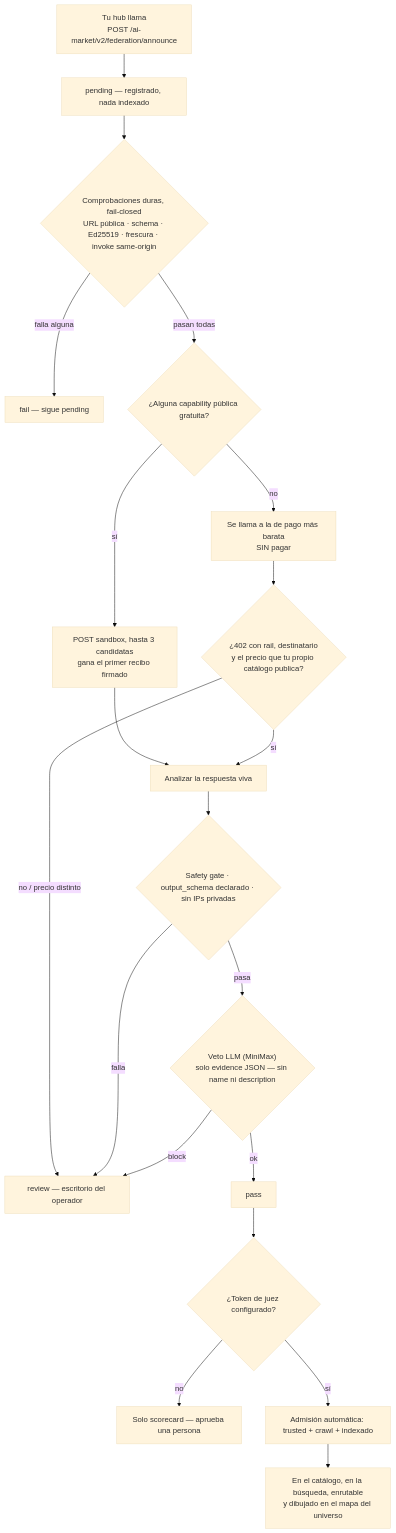
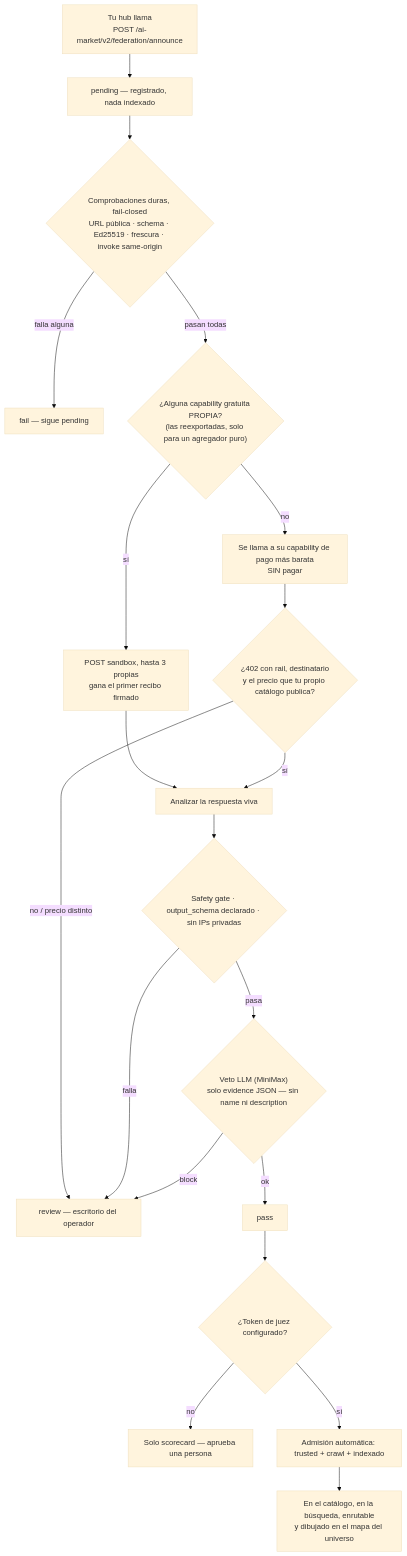
One commit to alexar76/aicom changed the first of 2 diagrams in docs/join-the-federation.es.md. Above: the diagram before and after it, drawn with Mermaid (base theme). The commit also changed other lines of this file and 496 other files, not shown here.

````diff
--- a/docs/join-the-federation.es.md
+++ b/docs/join-the-federation.es.md
@@ -77,22 +87,22 @@
 ```mermaid
 flowchart TD
     A["Tu hub llama<br/>POST /ai-market/v2/federation/announce"] --> C["pending — registrado, nada indexado"]
     C --> E{"Comprobaciones duras, fail-closed<br/>URL pública · schema · Ed25519 · frescura · invoke same-origin"}
     E -- "falla alguna" --> F["fail — sigue pending"]
-    E -- "pasan todas" --> G{"¿Alguna capability pública gratuita?"}
-    G -- "sí" --> H["POST sandbox, hasta 3 candidatas<br/>gana el primer recibo firmado"]
-    G -- "no" --> I["Se llama a la de pago más barata<br/>SIN pagar"]
+    E -- "pasan todas" --> G{"¿Alguna capability gratuita PROPIA?<br/>(las reexportadas, solo para un agregador puro)"}
+    G -- "sí" --> H["POST sandbox, hasta 3 propias<br/>gana el primer recibo firmado"]
+    G -- "no" --> I["Se llama a su capability de pago más barata<br/>SIN pagar"]
     I --> J{"¿402 con rail, destinatario<br/>y el precio que tu propio catálogo publica?"}
     H --> K["Analizar la respuesta viva"]
     J -- "sí" --> K
     J -- "no / precio distinto" --> R["review — escritorio del operador"]
     K --> L{"Safety gate · output_schema declarado · sin IPs privadas"}
     L -- "falla" --> R
     L -- "pasa" --> M{"Veto LLM (MiniMax)<br/>solo evidence JSON — sin name ni description"}
     M -- "block" --> R
     M -- "ok" --> N["pass"]
     N --> O{"¿Token de juez configurado?"}
     O -- "no" --> P["Solo scorecard — aprueba una persona"]
     O -- "sí" --> Q["Admisión automática: trusted + crawl + indexado"]
     Q --> S["En el catálogo, en la búsqueda, enrutable<br/>y dibujado en el mapa del universo"]
 ```
````
